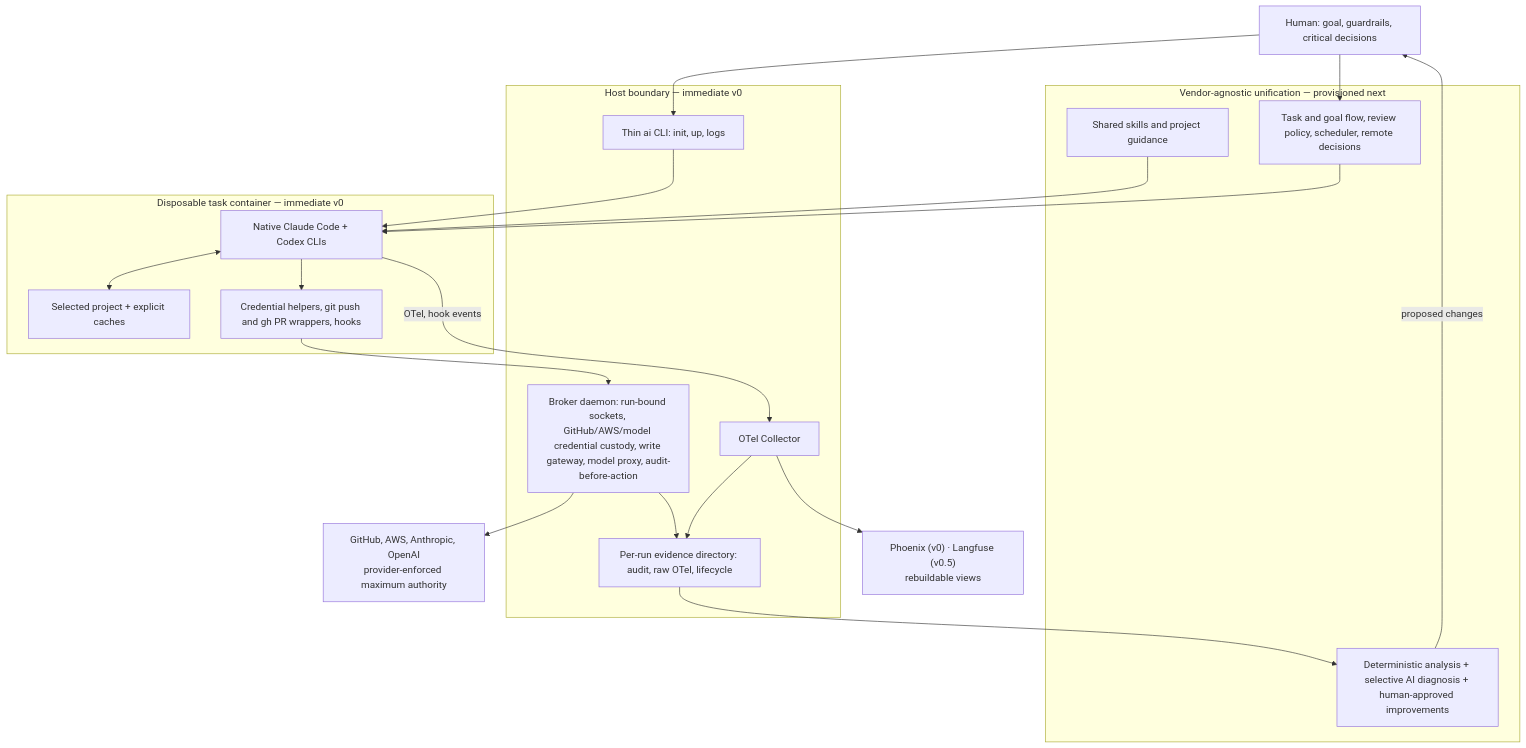
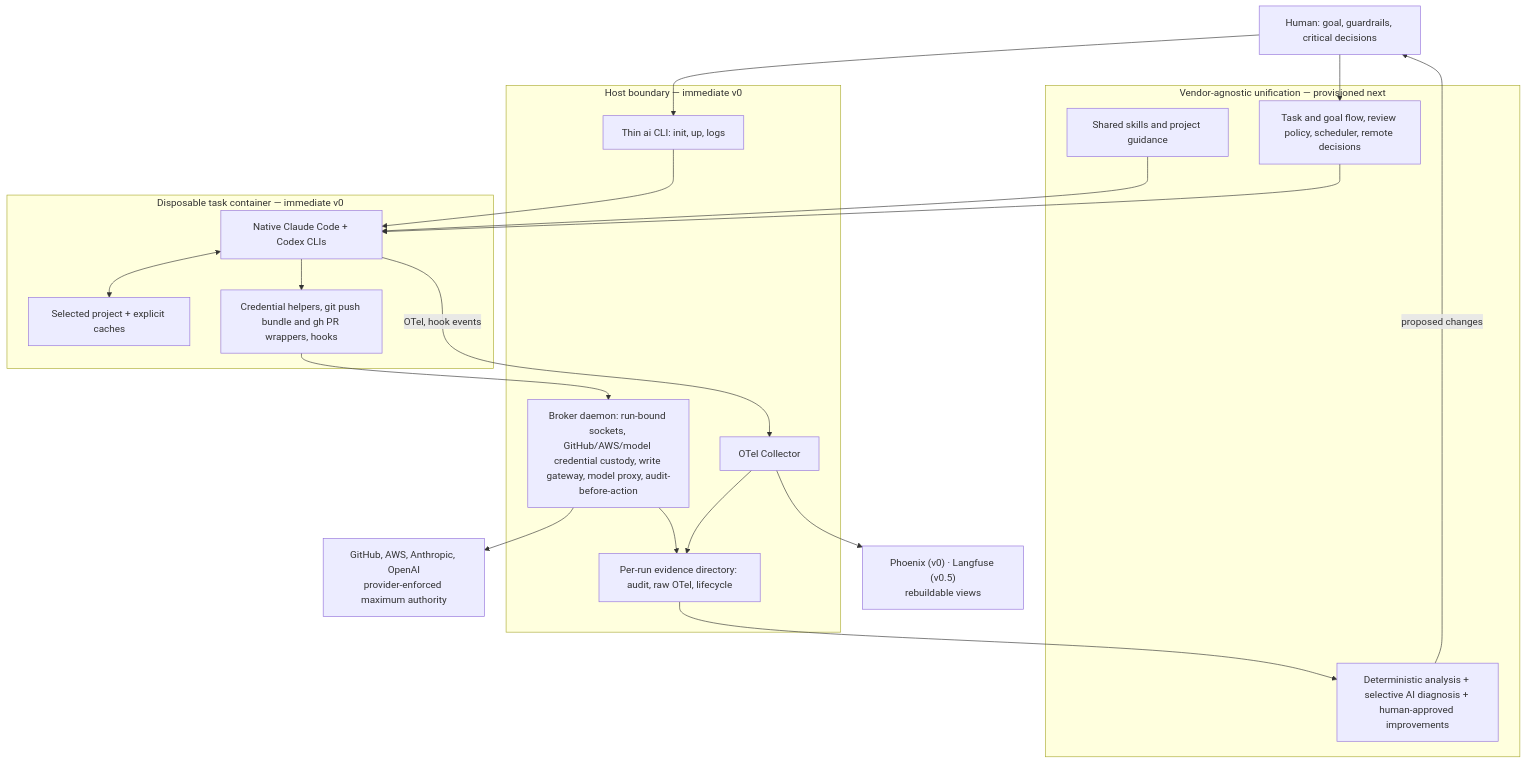
The diagram in pivot_proposal.md (maryzam/ai-crew-localdev), drawn with Mermaid before and after one commit. The commit also changed other lines of this file, not shown here.

Commit message:
Choose bundle publication and defer telemetry filtering [no-adr]

````diff
--- a/pivot_proposal.md
+++ b/pivot_proposal.md
@@ -67,42 +67,42 @@
 ```mermaid
 flowchart TB
     Human["Human: goal, guardrails, critical decisions"]
 
     subgraph V1["Vendor-agnostic unification — provisioned next"]
         Skills["Shared skills and project guidance"]
         Flow["Task and goal flow, review policy, scheduler, remote decisions"]
         Optimizer["Deterministic analysis + selective AI diagnosis + human-approved improvements"]
     end
 
     subgraph Host["Host boundary — immediate v0"]
         CLI["Thin ai CLI: init, up, logs"]
         Broker["Broker daemon: run-bound sockets, GitHub/AWS/model credential custody, write gateway, model proxy, audit-before-action"]
         Collector["OTel Collector"]
         Evidence["Per-run evidence directory: audit, raw OTel, lifecycle"]
     end
 
     subgraph Task["Disposable task container — immediate v0"]
         Agents["Native Claude Code + Codex CLIs"]
-        Adapters["Credential helpers, git push and gh PR wrappers, hooks"]
+        Adapters["Credential helpers, git push bundle and gh PR wrappers, hooks"]
         Project["Selected project + explicit caches"]
     end
 
     Views["Phoenix (v0) · Langfuse (v0.5)<br/>rebuildable views"]
     Providers["GitHub, AWS, Anthropic, OpenAI<br/>provider-enforced maximum authority"]
 
     Human --> CLI
     Human --> Flow
     CLI --> Agents
     Skills --> Agents
     Flow --> Agents
     Agents <--> Project
     Agents --> Adapters
     Adapters --> Broker
     Broker --> Providers
     Agents -->|"OTel, hook events"| Collector
     Collector --> Evidence
     Broker --> Evidence
     Collector --> Views
     Evidence --> Optimizer
     Optimizer -->|"proposed changes"| Human
 ```
````
